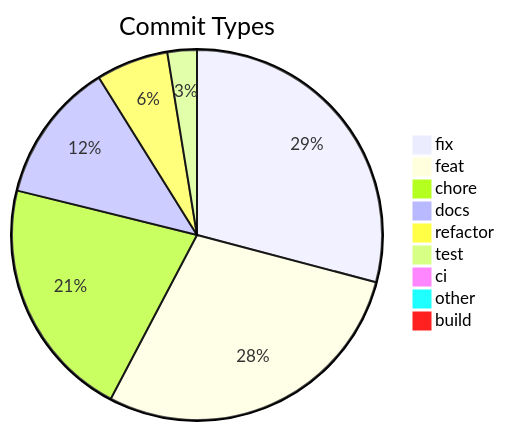
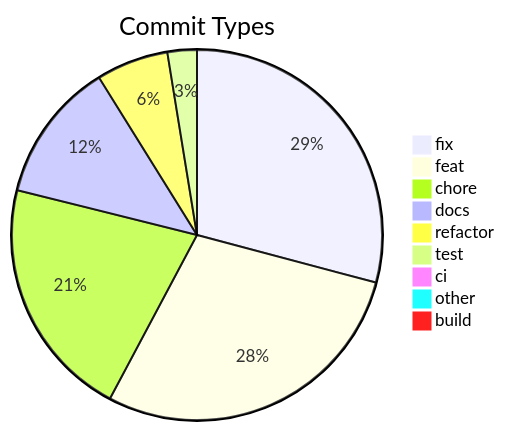
Before and after one commit to svenroth-ai/shipwright: the diagram in .shipwright/compliance/change-history.md, drawn with Mermaid. The commit also changed other lines of this file and 28 other files, not shown here.

````diff
--- a/.shipwright/compliance/change-history.md
+++ b/.shipwright/compliance/change-history.md
@@ -10,12 +10,12 @@
 ```mermaid
 pie title Commit Types
-    "fix" : 351
-    "feat" : 345
+    "fix" : 352
+    "feat" : 346
     "chore" : 255
     "docs" : 148
     "refactor" : 76
     "test" : 31
     "ci" : 11
     "other" : 9
     "build" : 1
 ```
````
